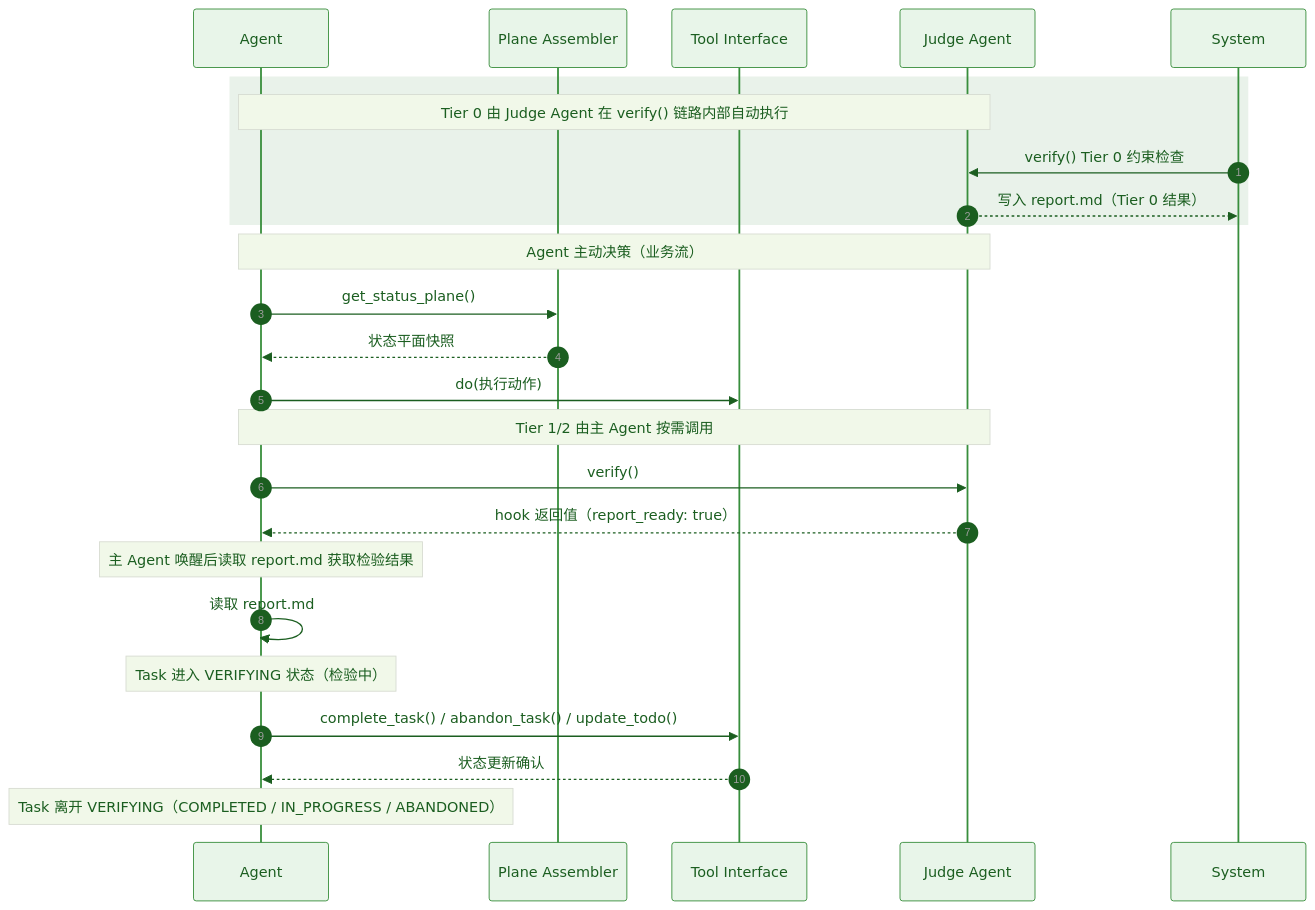
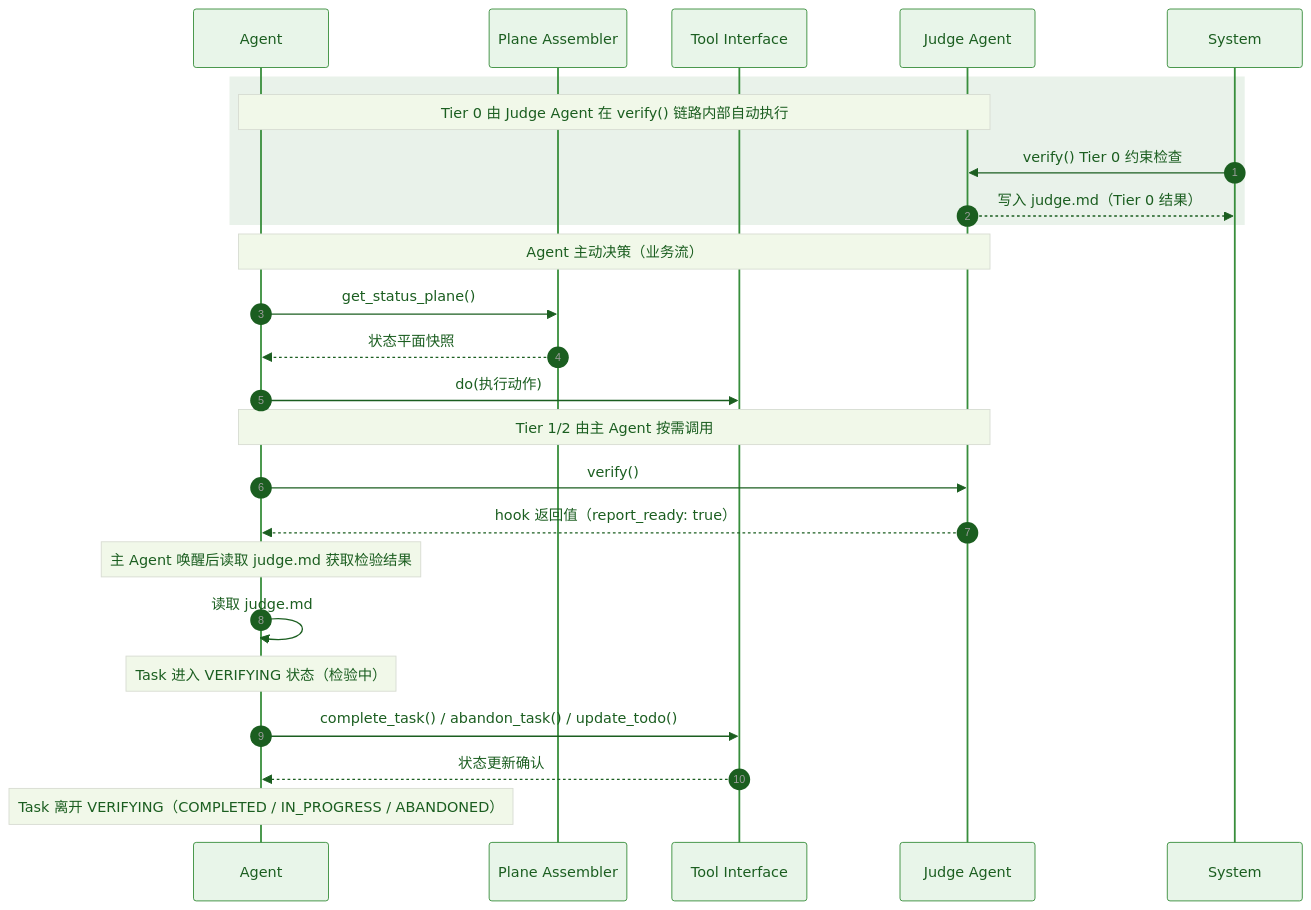
One commit to Lazyn0tBug/mem0ress changed the third of 4 diagrams in docs/arch.md. Above: the diagram before and after it, drawn with Mermaid. The commit also changed other lines of this file and 2 other files, not shown here.

First line of the commit message:
refactor(arch): replace report.md with judge.md across docs

````diff
--- a/docs/arch.md
+++ b/docs/arch.md
@@ -242,34 +241,34 @@
 ```mermaid
 %% label：Agent 驱动的业务闭环
 %%{ init: { 'theme': 'base', 'themeVariables': { 'primaryColor': '#e8f5e9', 'primaryTextColor': '#1b5e20', 'primaryBorderColor': '#388e3c', 'lineColor': '#616161', 'noteBkgColor': '#f1f8e9', 'noteTextColor': '#1b5e20' } } }%%
 sequenceDiagram
     autonumber
     participant Agent
     participant PA as Plane Assembler
     participant TI as Tool Interface
     participant JA as Judge Agent
 
     rect rgba(46, 125, 50, 0.1)
         Note over Agent,JA: Tier 0 由 Judge Agent 在 verify() 链路内部自动执行
         System->>JA: verify() Tier 0 约束检查
-        JA-->>System: 写入 report.md（Tier 0 结果）
+        JA-->>System: 写入 judge.md（Tier 0 结果）
     end
 
     Note over Agent,JA: Agent 主动决策（业务流）
     Agent->>PA: get_status_plane()
     PA-->>Agent: 状态平面快照
 
     Agent->>TI: do(执行动作)
 
     Note over Agent,JA: Tier 1/2 由主 Agent 按需调用
     Agent->>JA: verify()
     JA-->>Agent: hook 返回值（report_ready: true）
 
-    Note over Agent: 主 Agent 唤醒后读取 report.md 获取检验结果
-    Agent->>Agent: 读取 report.md
+    Note over Agent: 主 Agent 唤醒后读取 judge.md 获取检验结果
+    Agent->>Agent: 读取 judge.md
 
     Note over Agent: Task 进入 VERIFYING 状态（检验中）
     Agent->>TI: complete_task() / abandon_task() / update_todo()
     TI-->>Agent: 状态更新确认
     Note over Agent: Task 离开 VERIFYING（COMPLETED / IN_PROGRESS / ABANDONED）
 ```
````
